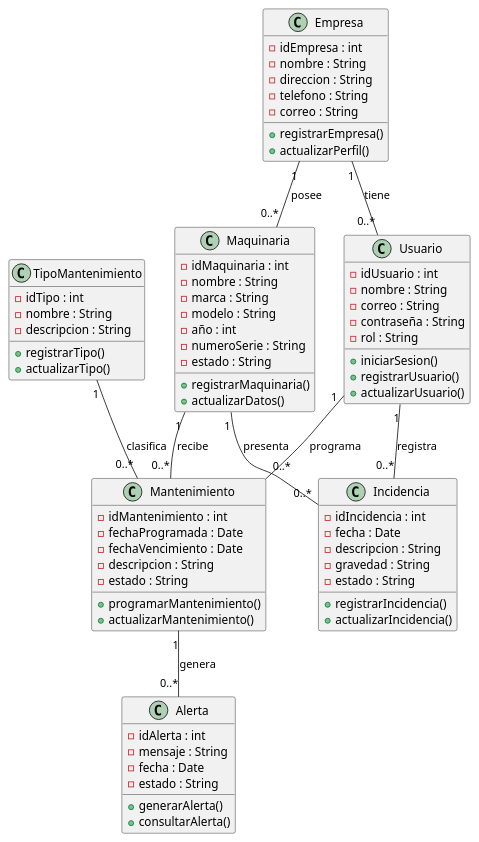
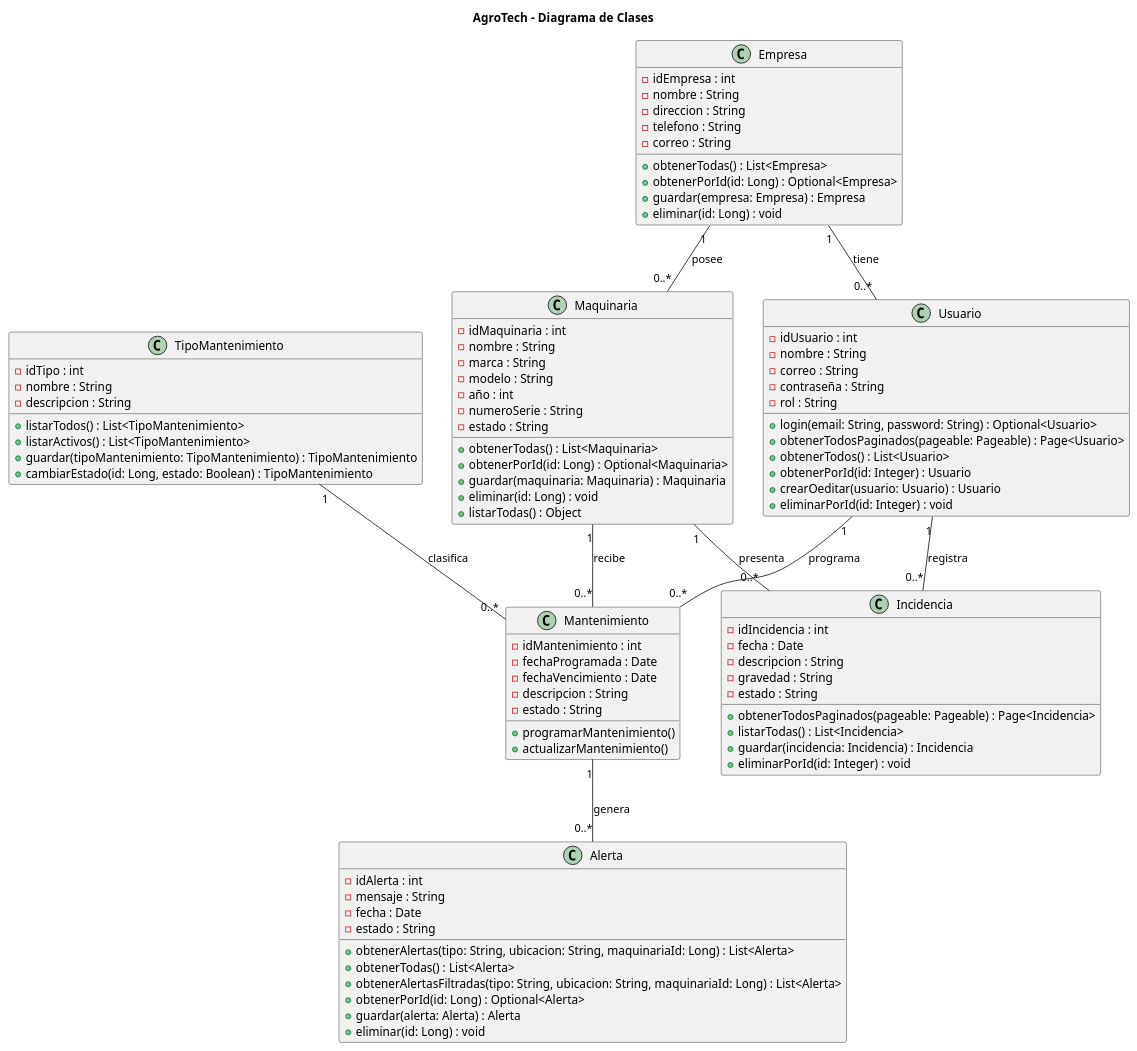
The diagram in src/Diagramas/diagramadeclases.puml (abigail23181/Sistema-AgroTech), drawn with PlantUML before and after one commit. The commit also changed 1 other file, not shown here.

Commit message:
docs: actualizar diagrama de clases

```diff
--- a/src/Diagramas/diagramadeclases.puml
+++ b/src/Diagramas/diagramadeclases.puml
@@ -1,88 +1,105 @@
 @startuml
+title AgroTech - Diagrama de Clases
 
 class Usuario {
     - idUsuario : int
     - nombre : String
     - correo : String
     - contraseña : String
     - rol : String
-    + iniciarSesion()
-    + registrarUsuario()
-    + actualizarUsuario()
+    + login(email: String, password: String) : Optional<Usuario>
+    + obtenerTodosPaginados(pageable: Pageable) : Page<Usuario>
+    + obtenerTodos() : List<Usuario>
+    + obtenerPorId(id: Integer) : Usuario
+    + crearOeditar(usuario: Usuario) : Usuario
+    + eliminarPorId(id: Integer) : void
 }
 
 class Empresa {
     - idEmpresa : int
     - nombre : String
     - direccion : String
     - telefono : String
     - correo : String
-    + registrarEmpresa()
-    + actualizarPerfil()
+    + obtenerTodas() : List<Empresa>
+    + obtenerPorId(id: Long) : Optional<Empresa>
+    + guardar(empresa: Empresa) : Empresa
+    + eliminar(id: Long) : void
 }
 
 class Maquinaria {
     - idMaquinaria : int
     - nombre : String
     - marca : String
     - modelo : String
     - año : int
     - numeroSerie : String
     - estado : String
-    + registrarMaquinaria()
-    + actualizarDatos()
+    + obtenerTodas() : List<Maquinaria>
+    + obtenerPorId(id: Long) : Optional<Maquinaria>
+    + guardar(maquinaria: Maquinaria) : Maquinaria
+    + eliminar(id: Long) : void
+    + listarTodas() : Object
 }
 
 class TipoMantenimiento {
     - idTipo : int
     - nombre : String
     - descripcion : String
-    + registrarTipo()
-    + actualizarTipo()
+    + listarTodos() : List<TipoMantenimiento>
+    + listarActivos() : List<TipoMantenimiento>
+    + guardar(tipoMantenimiento: TipoMantenimiento) : TipoMantenimiento
+    + cambiarEstado(id: Long, estado: Boolean) : TipoMantenimiento
 }
 
 class Mantenimiento {
     - idMantenimiento : int
     - fechaProgramada : Date
     - fechaVencimiento : Date
     - descripcion : String
     - estado : String
     + programarMantenimiento()
     + actualizarMantenimiento()
 }
 
 class Alerta {
     - idAlerta : int
     - mensaje : String
     - fecha : Date
     - estado : String
-    + generarAlerta()
-    + consultarAlerta()
+    + obtenerAlertas(tipo: String, ubicacion: String, maquinariaId: Long) : List<Alerta>
+    + obtenerTodas() : List<Alerta>
+    + obtenerAlertasFiltradas(tipo: String, ubicacion: String, maquinariaId: Long) : List<Alerta>
+    + obtenerPorId(id: Long) : Optional<Alerta>
+    + guardar(alerta: Alerta) : Alerta
+    + eliminar(id: Long) : void
 }
 
 class Incidencia {
     - idIncidencia : int
     - fecha : Date
     - descripcion : String
     - gravedad : String
     - estado : String
-    + registrarIncidencia()
-    + actualizarIncidencia()
+    + obtenerTodosPaginados(pageable: Pageable) : Page<Incidencia>
+    + listarTodas() : List<Incidencia>
+    + guardar(incidencia: Incidencia) : Incidencia
+    + eliminarPorId(id: Integer) : void
 }
 
 ' Relaciones
 
 Empresa "1" -- "0..*" Usuario : tiene
 Empresa "1" -- "0..*" Maquinaria : posee
 
 Maquinaria "1" -- "0..*" Mantenimiento : recibe
 TipoMantenimiento "1" -- "0..*" Mantenimiento : clasifica
 
 Mantenimiento "1" -- "0..*" Alerta : genera
 
 Maquinaria "1" -- "0..*" Incidencia : presenta
 
 Usuario "1" -- "0..*" Mantenimiento : programa
 Usuario "1" -- "0..*" Incidencia : registra
 
 @enduml
```
